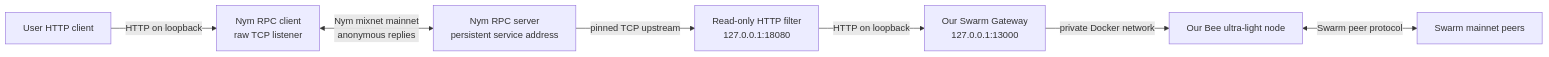
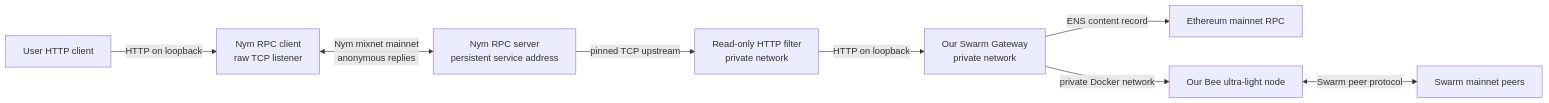
One commit to misaakidis/swarmanon changed the first of 2 diagrams in ARCHITECTURE.md. Above: the diagram before and after it, drawn with Mermaid. The commit also changed other lines of this file and 5 other files, not shown here.

Commit message:
Containerize Nym Swarm gateway and support ENS

````diff
--- a/ARCHITECTURE.md
+++ b/ARCHITECTURE.md
@@ -5,9 +5,10 @@
 ```mermaid
 flowchart LR
     U[User HTTP client] -->|HTTP on loopback| C[Nym RPC client\nraw TCP listener]
     C <-->|Nym mixnet mainnet\nanonymous replies| S[Nym RPC server\npersistent service address]
-    S -->|pinned TCP upstream| F[Read-only HTTP filter\n127.0.0.1:18080]
-    F -->|HTTP on loopback| G[Our Swarm Gateway\n127.0.0.1:13000]
+    S -->|pinned TCP upstream| F[Read-only HTTP filter\nprivate network]
+    F -->|HTTP on loopback| G[Our Swarm Gateway\nprivate network]
+    G -->|ENS content record| E[Ethereum mainnet RPC]
     G -->|private Docker network| B[Our Bee ultra-light node]
     B <-->|Swarm peer protocol| P[Swarm mainnet peers]
 ```
````
